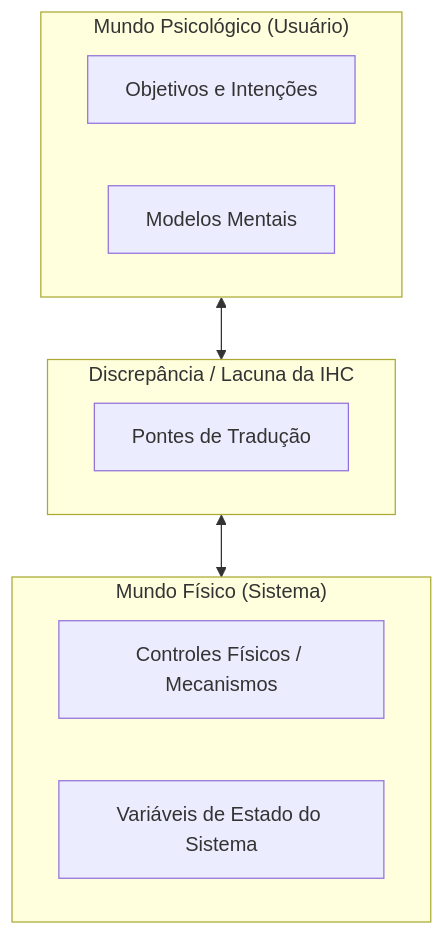
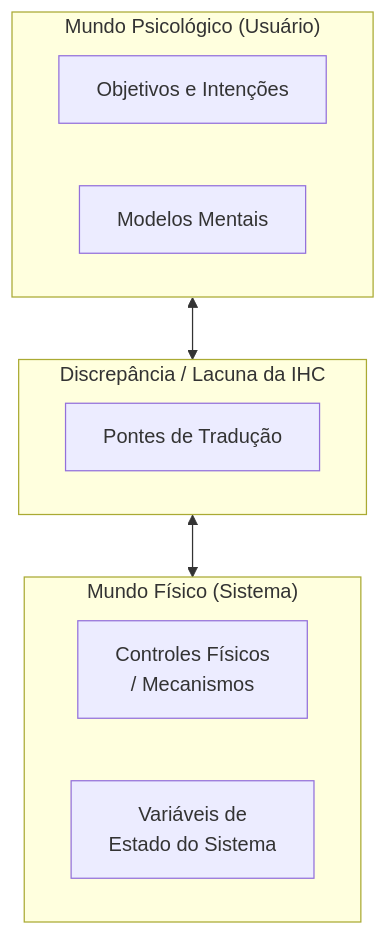
Before and after one commit to leorruas/puc: the diagram in 08. Design de Interacao/08. Engenharia cognitiva e os problemas da interação usuário-sistema.md, drawn with Mermaid. The commit also changed 16 other files, not shown here.

Commit message:
style(mermaid): comprehensive audit and optimization of 45 Mermaid blocks across all 22 topic notes

````diff
--- a/08. Design de Interacao/08. Engenharia cognitiva e os problemas da interação usuário-sistema.md
+++ b/08. Design de Interacao/08. Engenharia cognitiva e os problemas da interação usuário-sistema.md
@@ -49,19 +49,19 @@
 ```mermaid
 graph TD
     subgraph Psicologico ["Mundo Psicológico (Usuário)"]
         A["Objetivos e Intenções"]
         B["Modelos Mentais"]
     end
     
     subgraph Discrepancia ["Discrepância / Lacuna da IHC"]
         C["Pontes de Tradução"]
     end
     
     subgraph Fisico ["Mundo Físico (Sistema)"]
-        D["Controles Físicos / Mecanismos"]
-        E["Variáveis de Estado do Sistema"]
+        D["Controles Físicos<br>/ Mecanismos"]
+        E["Variáveis de<br>Estado do Sistema"]
     end
     
     Psicologico <--> Discrepancia
     Discrepancia <--> Fisico
 ```
````
